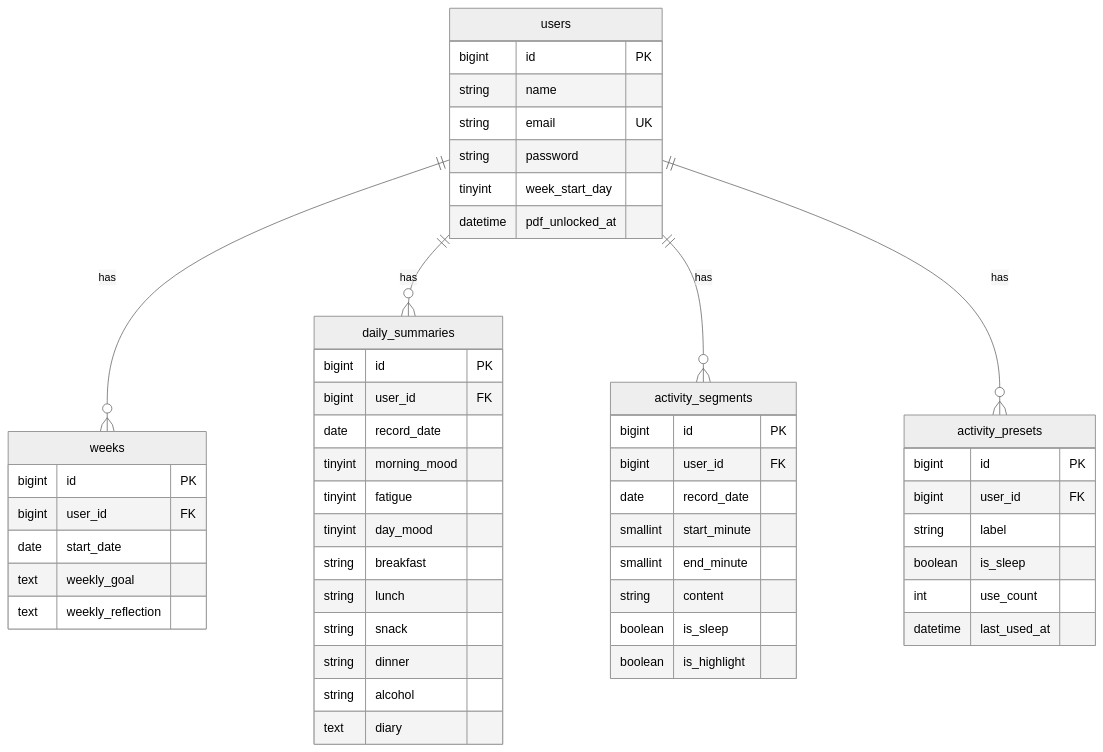
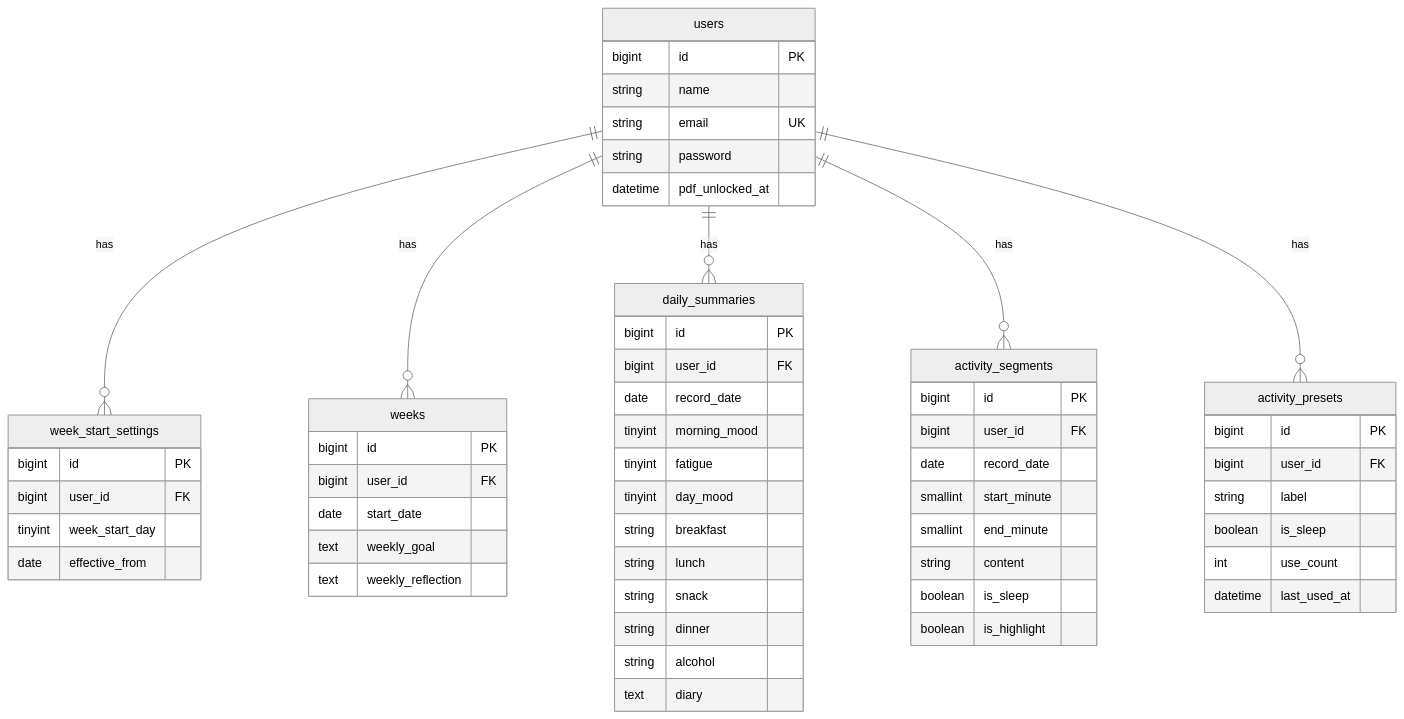
Before and after one commit to fm5889rx/repace-app: the third of 3 diagrams in docs/設計書.md, drawn with Mermaid (neutral theme). The commit also changed other lines of this file and 10 other files, not shown here.

````diff
--- a/docs/設計書.md
+++ b/docs/設計書.md
@@ -247,55 +248,61 @@
 ```mermaid
 erDiagram
+    users ||--o{ week_start_settings : has
     users ||--o{ weeks : has
     users ||--o{ daily_summaries : has
     users ||--o{ activity_segments : has
     users ||--o{ activity_presets : has
 
     users {
         bigint id PK
         string name
         string email UK
         string password
+        datetime pdf_unlocked_at
+    }
+    week_start_settings {
+        bigint id PK
+        bigint user_id FK
         tinyint week_start_day
-        datetime pdf_unlocked_at
+        date effective_from
     }
     weeks {
         bigint id PK
         bigint user_id FK
         date start_date
         text weekly_goal
         text weekly_reflection
     }
     daily_summaries {
         bigint id PK
         bigint user_id FK
         date record_date
         tinyint morning_mood
         tinyint fatigue
         tinyint day_mood
         string breakfast
         string lunch
         string snack
         string dinner
         string alcohol
         text diary
     }
     activity_segments {
         bigint id PK
         bigint user_id FK
         date record_date
         smallint start_minute
         smallint end_minute
         string content
         boolean is_sleep
         boolean is_highlight
     }
     activity_presets {
         bigint id PK
         bigint user_id FK
         string label
         boolean is_sleep
         int use_count
         datetime last_used_at
     }
 ```
````
